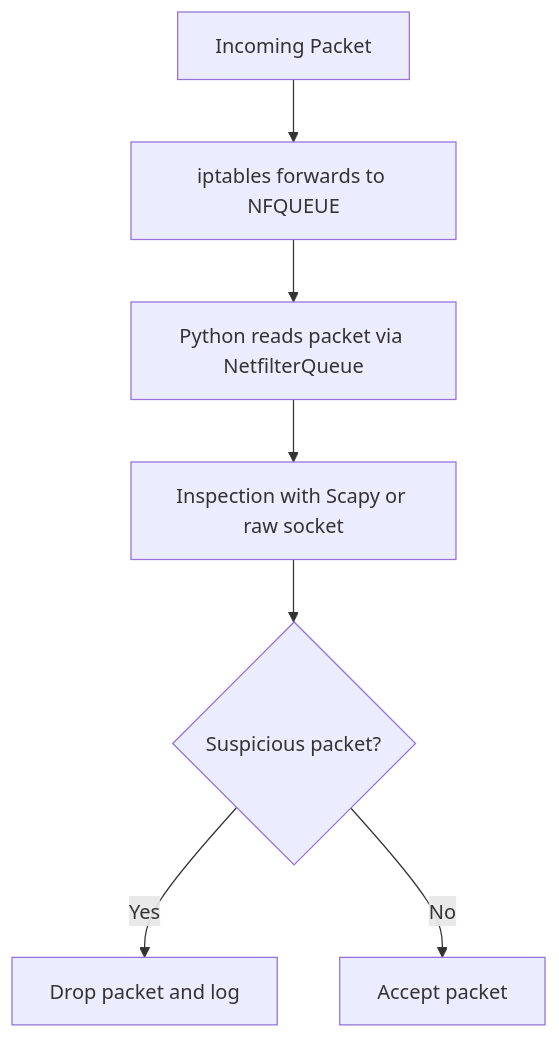
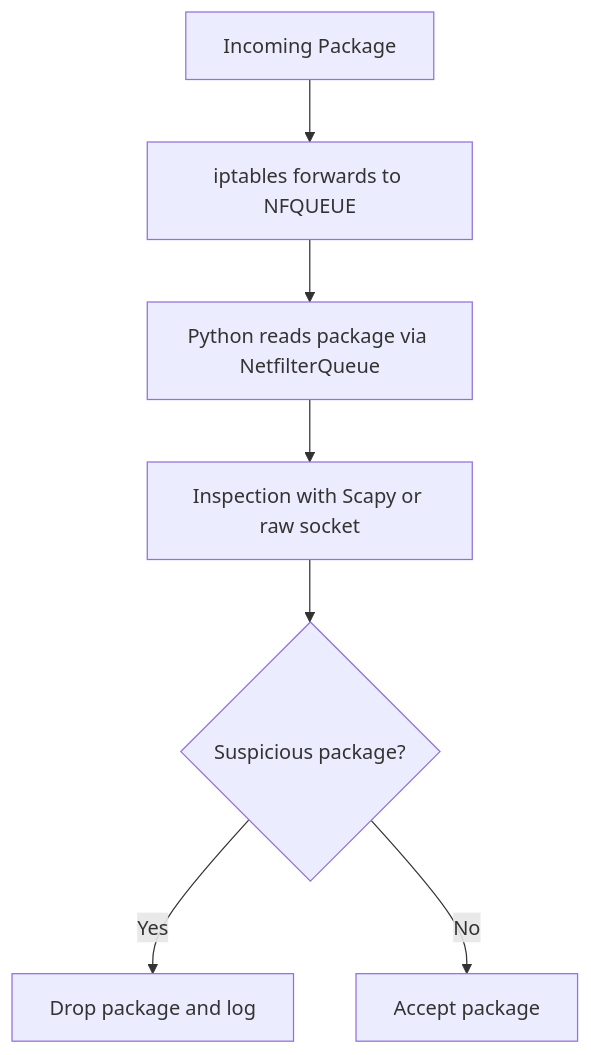
One commit to hamoncode/projetSyntheseReseaux changed the second of 2 diagrams in README.md. Above: the diagram before and after it, drawn with Mermaid. The commit also changed other lines of this file, not shown here.

Commit message:
fix weird ai translation

````diff
--- a/README.md
+++ b/README.md
@@ -82,9 +82,9 @@
 ```mermaid
 flowchart TD
-    A[Incoming Packet] --> B[iptables forwards to NFQUEUE]
-    B --> C[Python reads packet via NetfilterQueue]
+    A[Incoming Package] --> B[iptables forwards to NFQUEUE]
+    B --> C[Python reads package via NetfilterQueue]
     C --> D[Inspection with Scapy or raw socket]
-    D --> E{Suspicious packet?}
-    E -- Yes --> F[Drop packet and log]
-    E -- No --> G[Accept packet]
+    D --> E{Suspicious package?}
+    E -- Yes --> F[Drop package and log]
+    E -- No --> G[Accept package]
 ```
````
